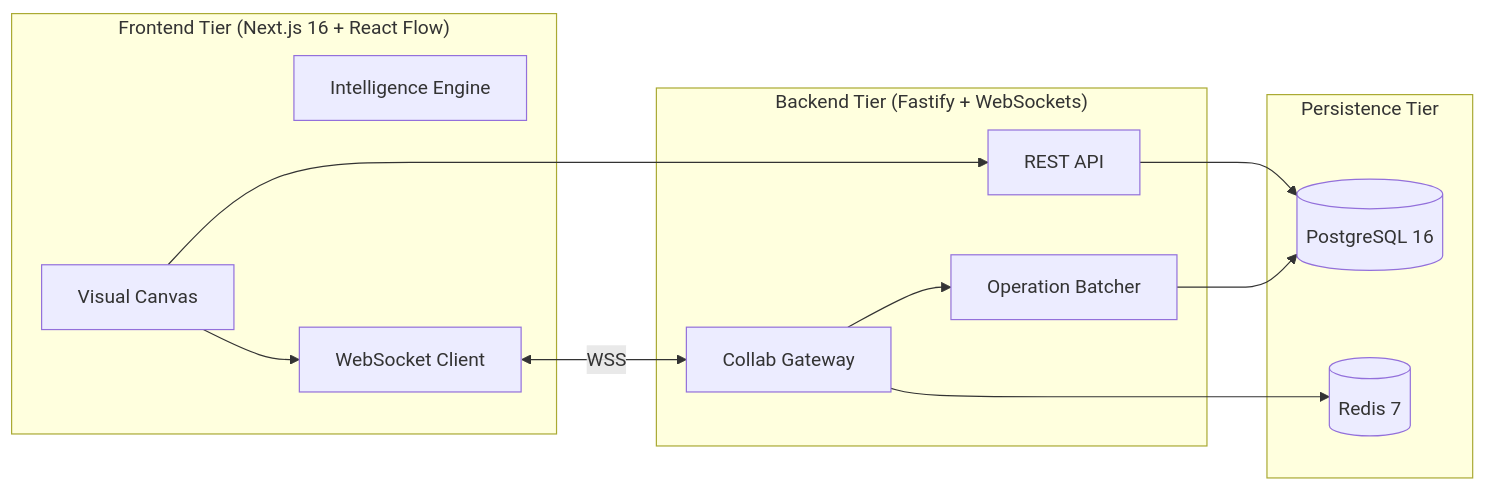
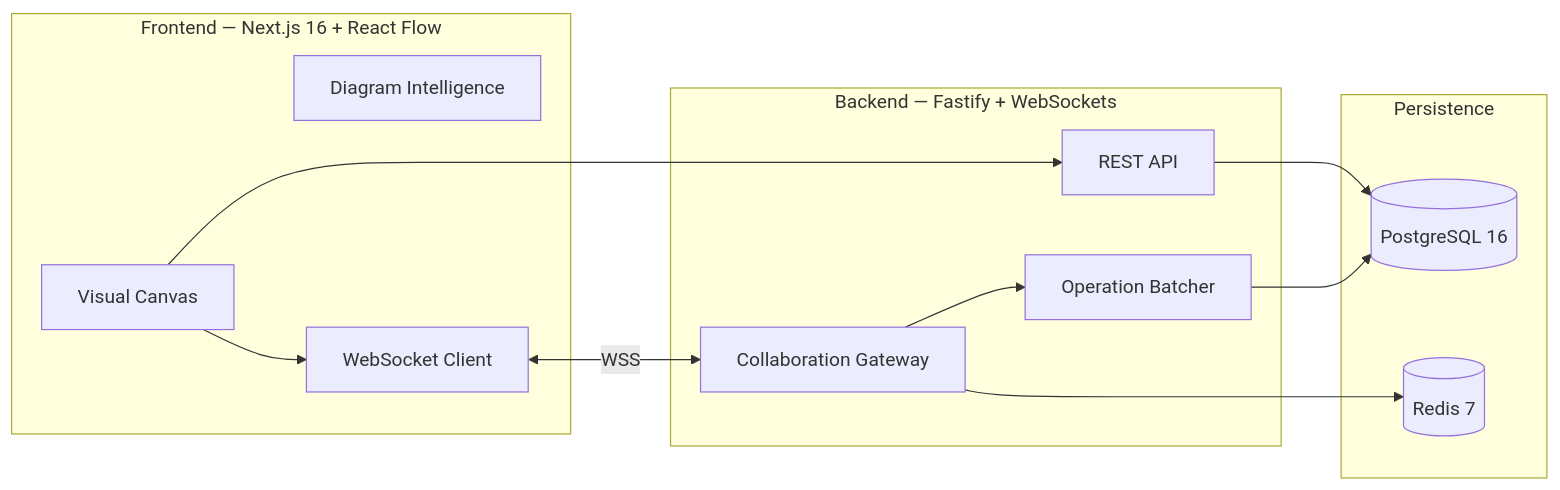
Before and after one commit to Conspirer/onelogica-assignment: the diagram in README.md, drawn with Mermaid. The commit also changed other lines of this file, not shown here.

````diff
--- a/README.md
+++ b/README.md
@@ -63,27 +71,27 @@
 ```mermaid
 flowchart LR
-  subgraph Frontend["Frontend Tier (Next.js 16 + React Flow)"]
+  subgraph Frontend["Frontend — Next.js 16 + React Flow"]
     Canvas[Visual Canvas]
-    Intel[Intelligence Engine]
+    Intel[Diagram Intelligence]
     WSClient[WebSocket Client]
   end
 
-  subgraph Backend["Backend Tier (Fastify + WebSockets)"]
-    Gateway[Collab Gateway]
+  subgraph Backend["Backend — Fastify + WebSockets"]
+    Gateway[Collaboration Gateway]
     Batcher[Operation Batcher]
     Routes[REST API]
   end
 
-  subgraph Database["Persistence Tier"]
+  subgraph Persistence["Persistence"]
     PG[(PostgreSQL 16)]
     Redis[(Redis 7)]
   end
 
   Canvas --> WSClient
   WSClient <-->|WSS| Gateway
   Canvas --> Routes
   Routes --> PG
   Gateway --> Batcher
   Batcher --> PG
   Gateway --> Redis
 ```
````
